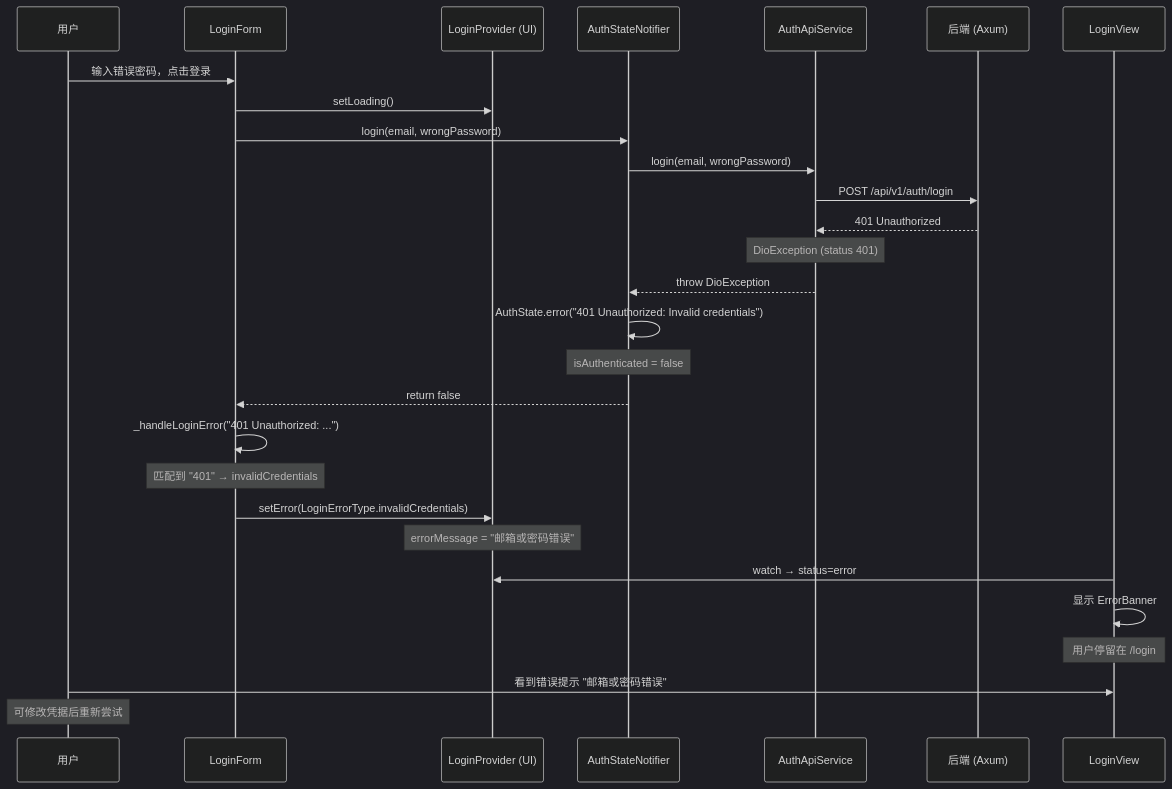
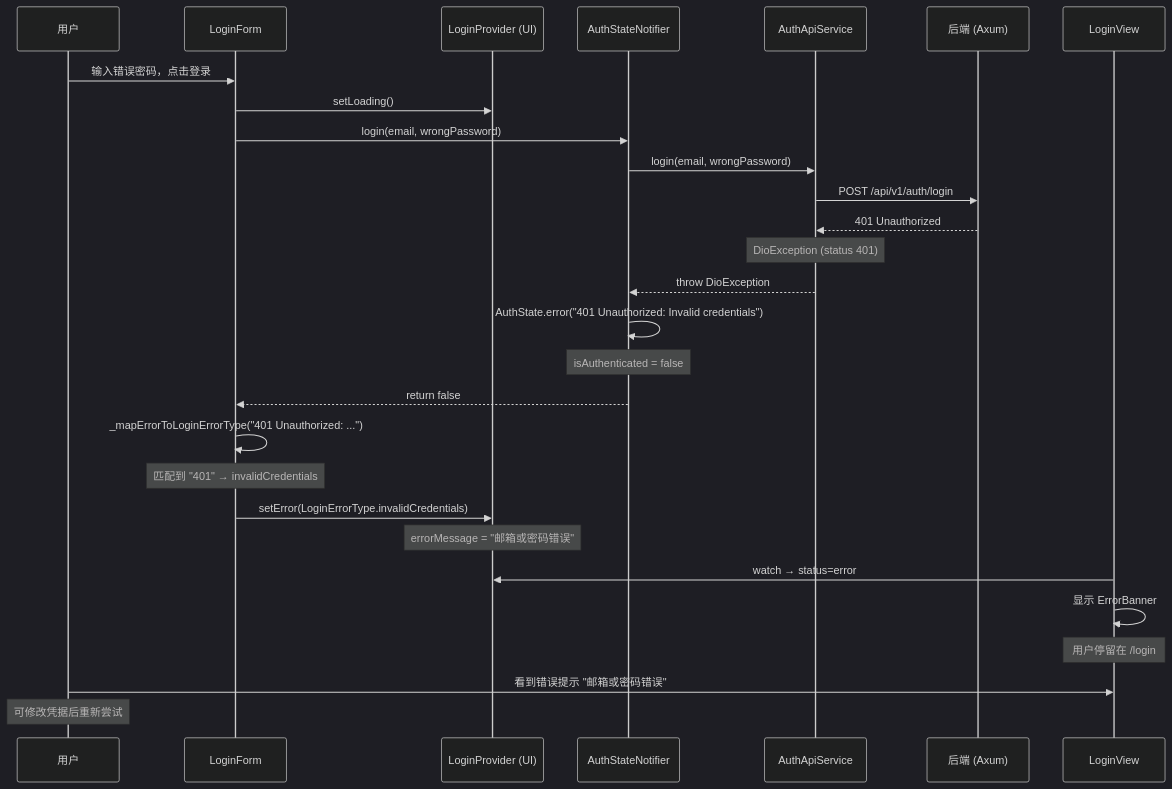
Before and after one commit to hoolheart/kayak: the third of 6 diagrams in log/release_3/design/R3-T1-design.md, drawn with Mermaid (dark theme). The commit also changed other lines of this file and 9 other files, not shown here.

````diff
--- a/log/release_3/design/R3-T1-design.md
+++ b/log/release_3/design/R3-T1-design.md
@@ -402,35 +396,35 @@
 ```mermaid
 sequenceDiagram
     participant User as 用户
     participant Form as LoginForm
     participant LP as LoginProvider (UI)
     participant ASN as AuthStateNotifier
     participant API as AuthApiService
     participant Backend as 后端 (Axum)
     participant LView as LoginView
 
     User->>Form: 输入错误密码，点击登录
     Form->>LP: setLoading()
     Form->>ASN: login(email, wrongPassword)
     ASN->>API: login(email, wrongPassword)
     API->>Backend: POST /api/v1/auth/login
 
     Backend-->>API: 401 Unauthorized
     Note over API: DioException (status 401)
     API-->>ASN: throw DioException
     ASN->>ASN: AuthState.error("401 Unauthorized: Invalid credentials")
     Note over ASN: isAuthenticated = false
     ASN-->>Form: return false
 
-    Form->>Form: _handleLoginError("401 Unauthorized: ...")
+    Form->>Form: _mapErrorToLoginErrorType("401 Unauthorized: ...")
     Note over Form: 匹配到 "401" → invalidCredentials
     Form->>LP: setError(LoginErrorType.invalidCredentials)
     Note over LP: errorMessage = "邮箱或密码错误"
 
     LView->>LP: watch → status=error
     LView->>LView: 显示 ErrorBanner
     Note over LView: 用户停留在 /login
 
     User->>LView: 看到错误提示 "邮箱或密码错误"
     Note over User: 可修改凭据后重新尝试
 ```
````
